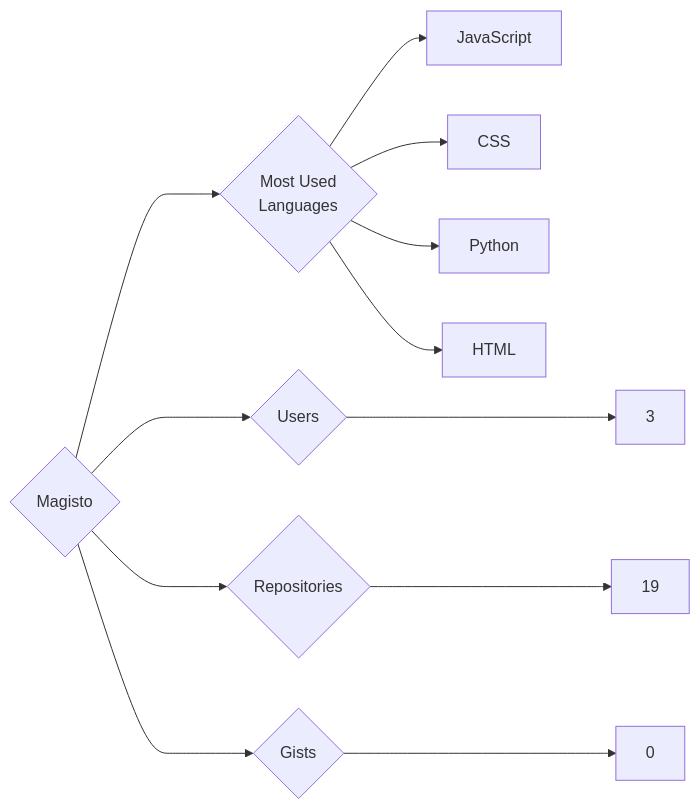
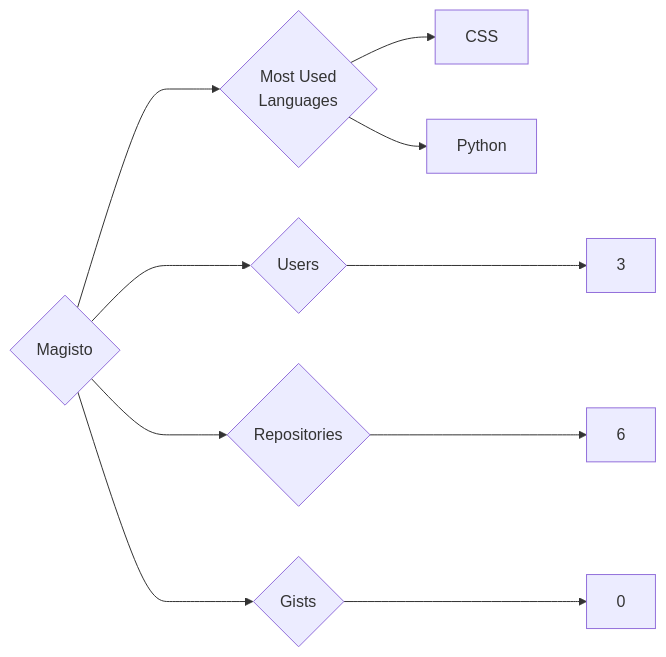
One commit to trickest/insiders changed the diagram in targets/Magisto/README.md. Above: the diagram before and after it, drawn with Mermaid. The commit also changed 874 other files, not shown here.

````diff
--- a/targets/Magisto/README.md
+++ b/targets/Magisto/README.md
@@ -3,12 +3,10 @@
 ```mermaid
 graph LR
 COMPANY_NAME{Magisto}
 COMPANY_NAME ---> U{Users} ---> UN[3]
-COMPANY_NAME ---> R{Repositories} ---> RN[19]
+COMPANY_NAME ---> R{Repositories} ---> RN[6]
 COMPANY_NAME ---> G{Gists} ---> GN[0]
 COMPANY_NAME ---> ML{Most Used<br>Languages}
-ML --> JavaScript[JavaScript]
 ML --> CSS[CSS]
 ML --> Python[Python]
-ML --> HTML[HTML]
 ```
````
